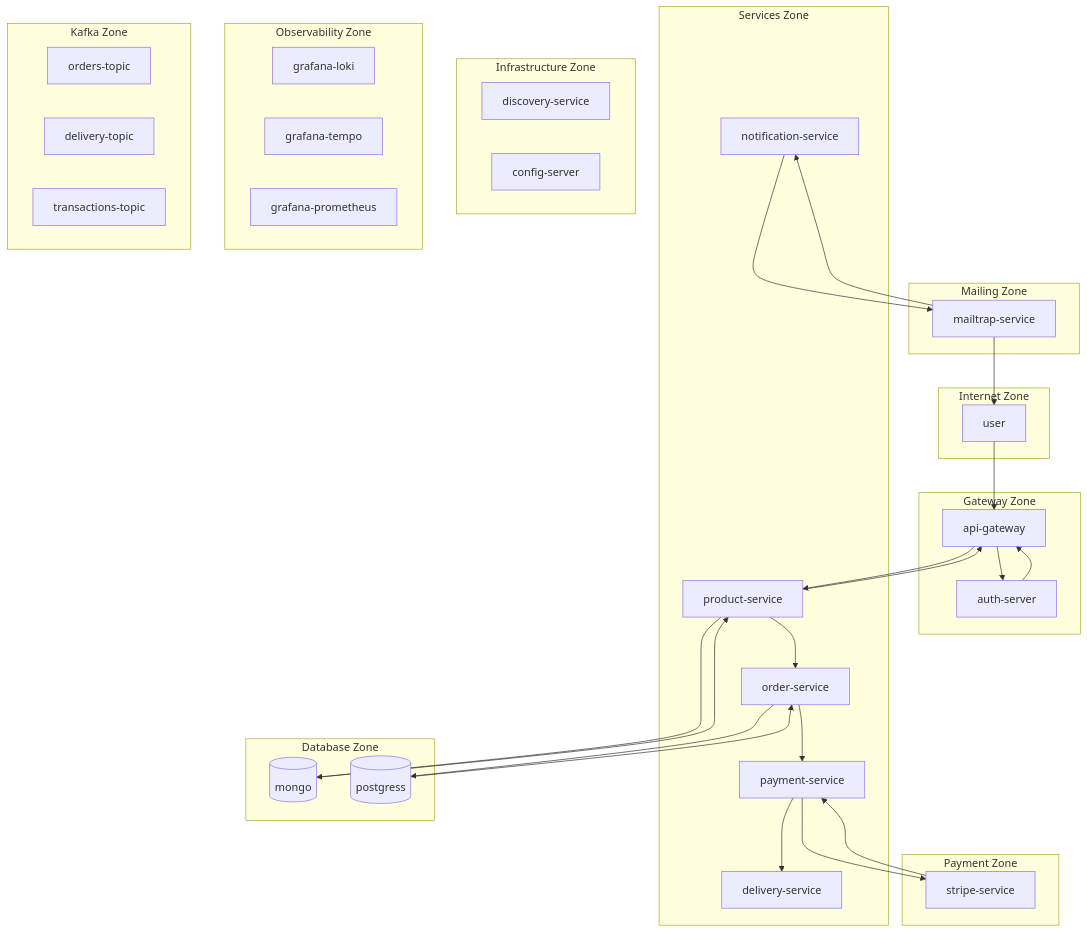
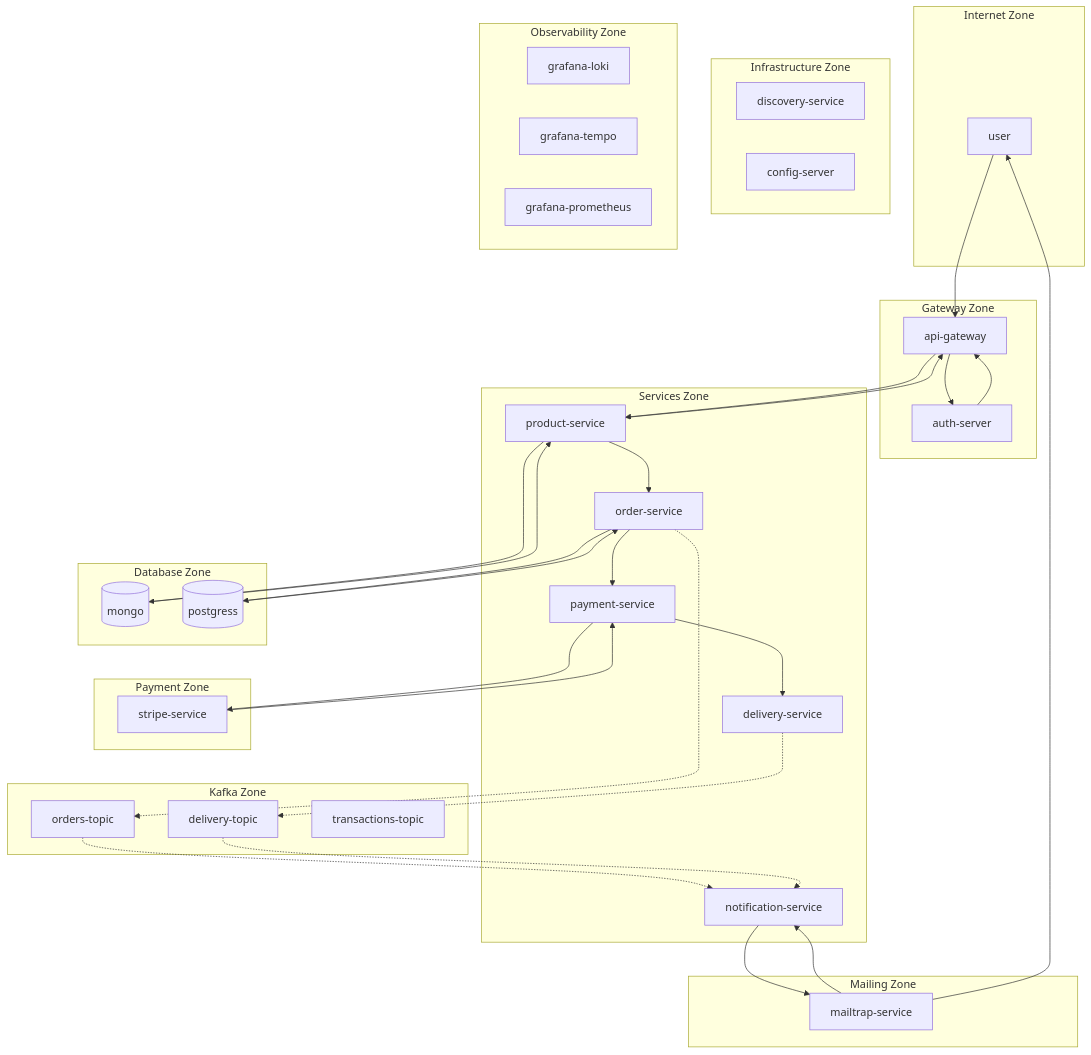
One commit to wisniewskikr/mermaid changed the diagram in ecommerce-virtual.md. Above: the diagram before and after it, drawn with Mermaid.

Commit message:
Handle order-topic and delivery-topic

````diff
--- a/ecommerce-virtual.md
+++ b/ecommerce-virtual.md
@@ -1,79 +1,83 @@
 ``` mermaid
     flowchart
 
         subgraph Internet Zone
             user
         end
 
         subgraph Gateway Zone
             api-gateway
             auth-server
         end
         
         subgraph Services Zone
             product-service
             order-service
             payment-service
             delivery-service
             notification-service            
         end
 
         subgraph Infrastructure Zone           
             discovery-service
             config-server            
         end
 
         subgraph Observability Zone
             grafana-loki
             grafana-tempo
             grafana-prometheus 
         end
 
         subgraph Mailing Zone
             mailtrap-service
         end
 
         subgraph Payment Zone
             stripe-service
         end
 
         subgraph Database Zone
             mongo[(mongo)]
             postgress[(postgress)]
         end
 
         subgraph Kafka Zone
             orders-topic
             delivery-topic
             transactions-topic
         end
 
         user --> api-gateway
 
         api-gateway --> auth-server
         auth-server --> api-gateway        
 
         payment-service --> stripe-service
         stripe-service --> payment-service
 
         notification-service --> mailtrap-service
         mailtrap-service --> notification-service
 
         product-service --> mongo
         mongo --> product-service
 
         order-service --> postgress
         postgress --> order-service
 
         api-gateway --> product-service
         product-service --> api-gateway
 
         product-service --> order-service
 
         order-service --> payment-service
 
         payment-service --> delivery-service
 
         mailtrap-service --> user
 
+        order-service .-> orders-topic .-> notification-service 
+
+        delivery-service .-> delivery-topic .-> notification-service 
+
 ```
````
